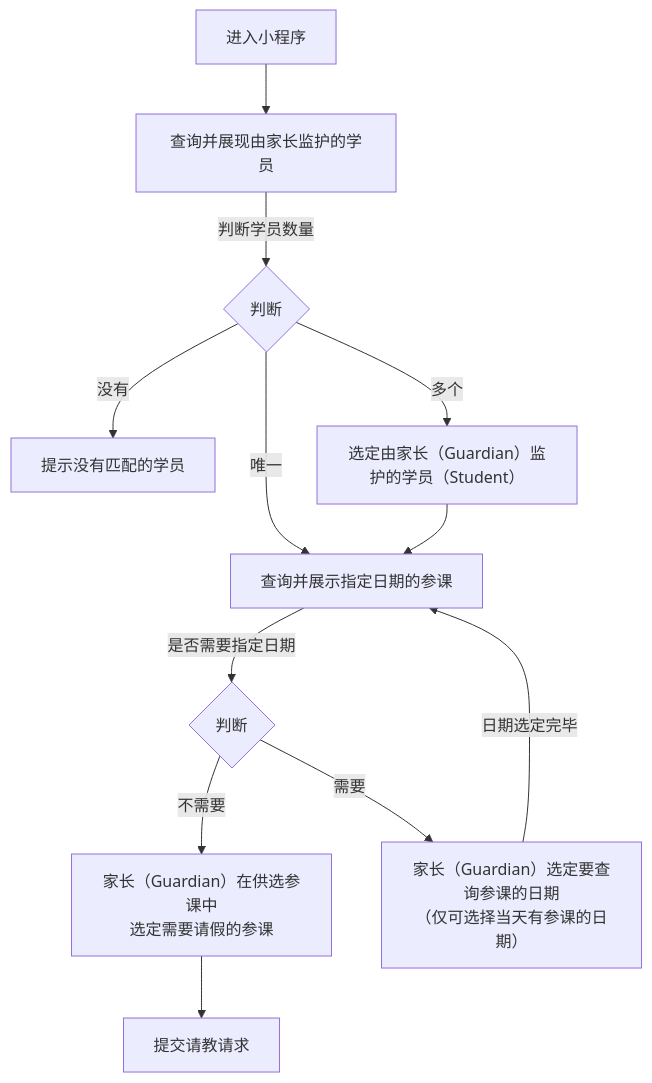
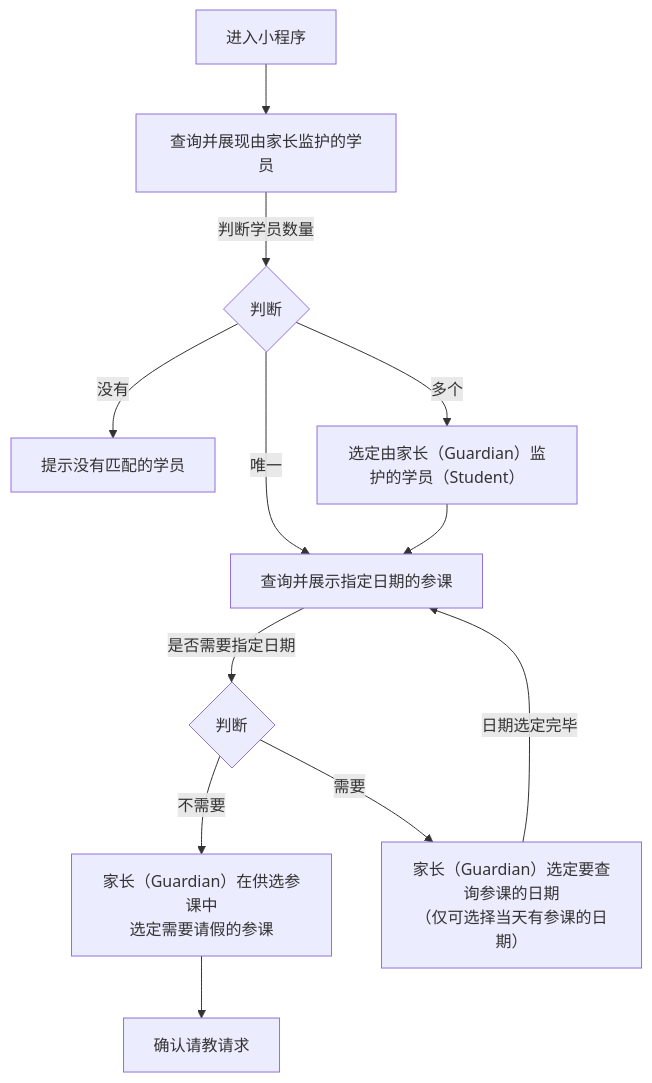
Before and after one commit to world-wide-web/sign: the diagram in 用例/请假.md, drawn with Mermaid. The commit also changed other lines of this file, not shown here.

Commit message:
用例/请假.md updated from https://stackedit.io/

````diff
--- a/用例/请假.md
+++ b/用例/请假.md
@@ -7,37 +7,37 @@
 ```mermaid
 graph TD
 
 进入小程序-->查询并展现由家长监护的学员
 
 查询并展现由家长监护的学员--判断学员数量-->判断学员数量
 
 判断学员数量--没有-->提示没有匹配的学员
 
 判断学员数量--唯一-->查询并展示指定日期的参课
 
 判断学员数量--多个-->选定学员
 
 选定学员-->查询并展示指定日期的参课
 
 查询并展示指定日期的参课--是否需要指定日期-->决定是否需要指定日期
 
 决定是否需要指定日期--不需要-->选定参课
 
 决定是否需要指定日期--需要-->选定日期
 
 选定日期--日期选定完毕-->查询并展示指定日期的参课
 
-选定参课-->提交请教请求
+选定参课-->确认请教请求
 
 判断学员数量{"<center>判断</center>"}
 
 选定学员["<center>选定由家长（Guardian）监护的学员（Student）</center>"]
 
 决定是否需要指定日期{"<center>判断</center>"}
 
 选定日期["<center>家长（Guardian）选定要查询参课的日期<br>（仅可选择当天有参课的日期）</center>"]
 
 选定参课["<center>家长（Guardian）在供选参课中<br>选定需要请假的参课</center>"]
 
 
 ```
````
